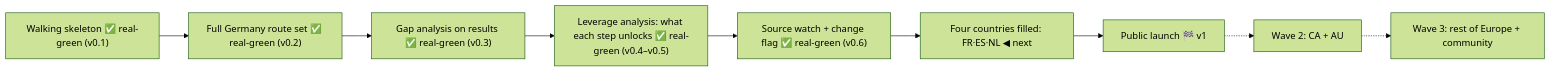
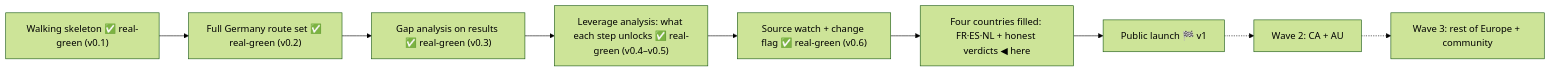
Before and after one commit to OytunOnal/permit-rulebook: the diagram in KANBAN.md, drawn with Mermaid (forest theme). The commit also changed other lines of this file and 6 other files, not shown here.

First line of the commit message:
s5b: honest verdicts and designed edge states + review round

````diff
--- a/KANBAN.md
+++ b/KANBAN.md
@@ -8,11 +8,11 @@
 ```mermaid
 flowchart LR
     A["Walking skeleton ✅ real-green (v0.1)"] --> B["Full Germany route set ✅ real-green (v0.2)"]
     B --> C["Gap analysis on results ✅ real-green (v0.3)"]
     C --> C2["Leverage analysis: what each step unlocks ✅ real-green (v0.4–v0.5)"]
     C2 --> D["Source watch + change flag ✅ real-green (v0.6)"]
-    D --> E["Four countries filled: FR·ES·NL ◀ next"]
+    D --> E["Four countries filled: FR·ES·NL + honest verdicts ◀ here"]
     E --> F["Public launch 🏁 v1"]
     F -.-> G["Wave 2: CA + AU"]
     G -.-> H["Wave 3: rest of Europe + community"]
 ```
````
